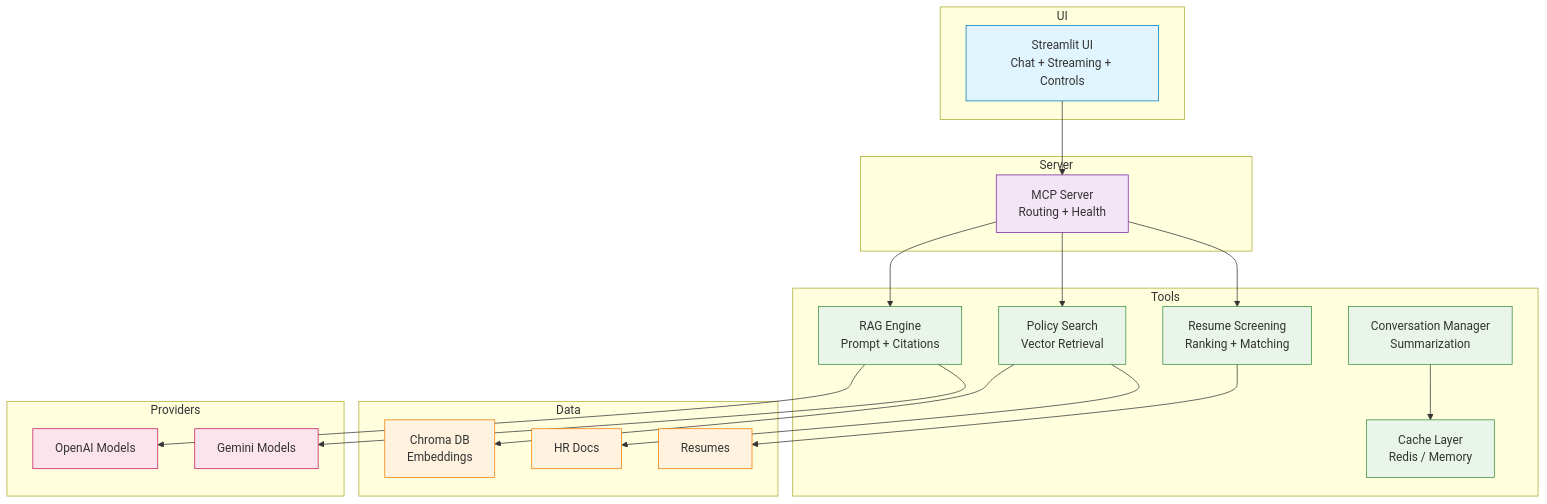
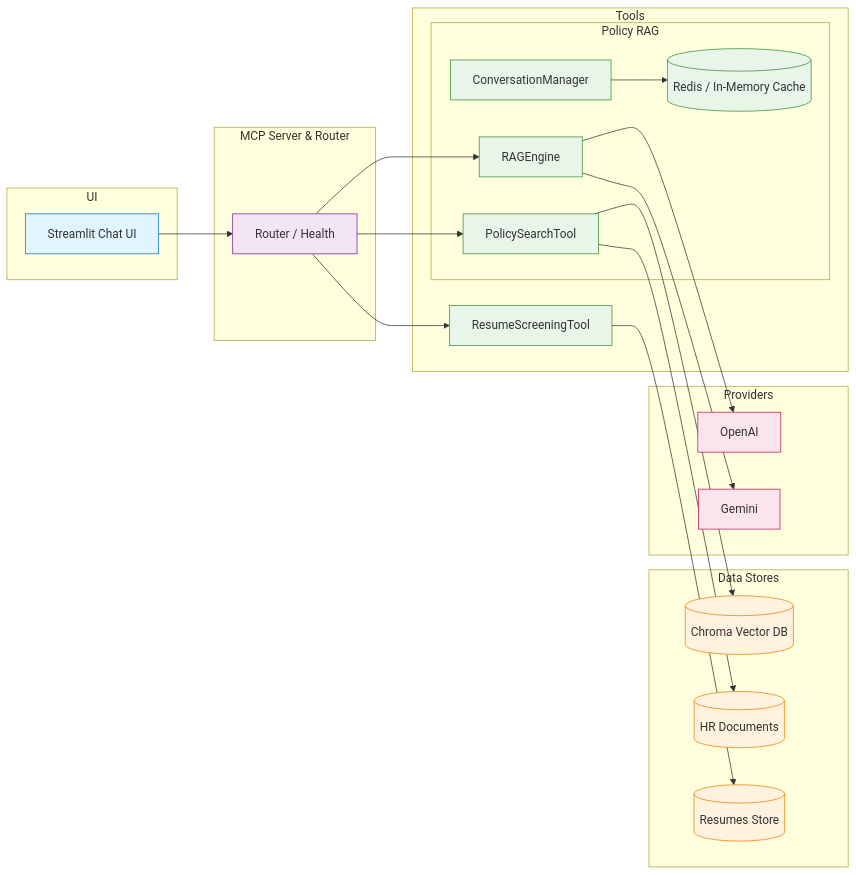
Before and after one commit to sanjanb/mcp-agent: the diagram in README.md, drawn with Mermaid. The commit also changed other lines of this file, not shown here.

Commit message:
Update README.md to enhance clarity and detail in architecture and tool descriptions

````diff
--- a/README.md
+++ b/README.md
@@ -81,47 +81,53 @@
 ```mermaid
-flowchart TB
+flowchart LR
     subgraph UI
-        ST["Streamlit UI\nChat + Streaming + Controls"]
+        ST["Streamlit Chat UI"]
     end
-    subgraph Server
-        Router["MCP Server\nRouting + Health"]
+
+    subgraph MCP["MCP Server & Router"]
+        Router["Router / Health"]
     end
-    subgraph Tools
-        PS["Policy Search\nVector Retrieval"]
-        RAG["RAG Engine\nPrompt + Citations"]
-        RS["Resume Screening\nRanking + Matching"]
-        CONV["Conversation Manager\nSummarization"]
-        CACHE["Cache Layer\nRedis / Memory"]
+
+    subgraph TOOLS["Tools"]
+        subgraph RAG_GROUP["Policy RAG"]
+            PS["PolicySearchTool"]
+            RAG["RAGEngine"]
+            CONV["ConversationManager"]
+            CACHE[("Redis / In-Memory Cache")]
+        end
+        RS["ResumeScreeningTool"]
     end
-    subgraph Data
-        CHROMA["Chroma DB\nEmbeddings"]
-        DOCS["HR Docs"]
-        RESUMES["Resumes"]
+
+    subgraph DATA["Data Stores"]
+        CHROMA[("Chroma Vector DB")]
+        DOCS[("HR Documents")]
+        RESUMES[("Resumes Store")]
     end
-    subgraph Providers
-        OPENAI["OpenAI Models"]
-        GEMINI["Gemini Models"]
+
+    subgraph LLM["Providers"]
+        OPENAI["OpenAI"]
+        GEMINI["Gemini"]
     end
 
     ST --> Router
     Router --> PS
     Router --> RAG
     Router --> RS
     PS --> CHROMA
     PS --> DOCS
     RS --> RESUMES
     RAG --> OPENAI
     RAG --> GEMINI
     CONV --> CACHE
 
-    classDef a fill:#e1f5fe,stroke:#0277bd,stroke-width:1px
-    classDef b fill:#f3e5f5,stroke:#7b1fa2,stroke-width:1px
-    classDef c fill:#e8f5e8,stroke:#388e3c,stroke-width:1px
-    classDef d fill:#fff3e0,stroke:#f57c00,stroke-width:1px
-    classDef e fill:#fce4ec,stroke:#c2185b,stroke-width:1px
-    class ST a
-    class Router b
-    class PS,RAG,RS,CONV,CACHE c
-    class CHROMA,DOCS,RESUMES d
-    class OPENAI,GEMINI e
+    classDef ui fill:#e1f5fe,stroke:#0277bd,stroke-width:1px
+    classDef mcp fill:#f3e5f5,stroke:#7b1fa2,stroke-width:1px
+    classDef tool fill:#e8f5e8,stroke:#388e3c,stroke-width:1px
+    classDef data fill:#fff3e0,stroke:#f57c00,stroke-width:1px
+    classDef prov fill:#fce4ec,stroke:#c2185b,stroke-width:1px
+    class ST ui
+    class Router mcp
+    class PS,RAG,CONV,CACHE,RS tool
+    class CHROMA,DOCS,RESUMES data
+    class OPENAI,GEMINI prov
 ```
````
